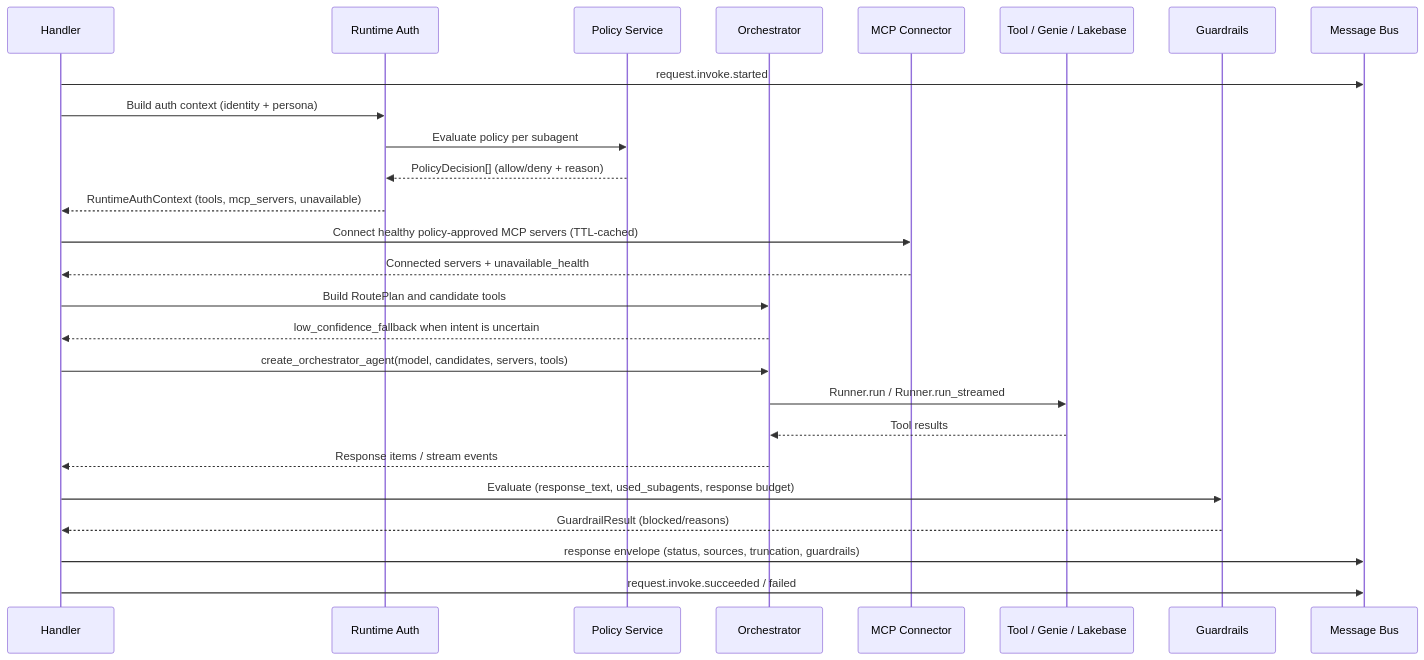
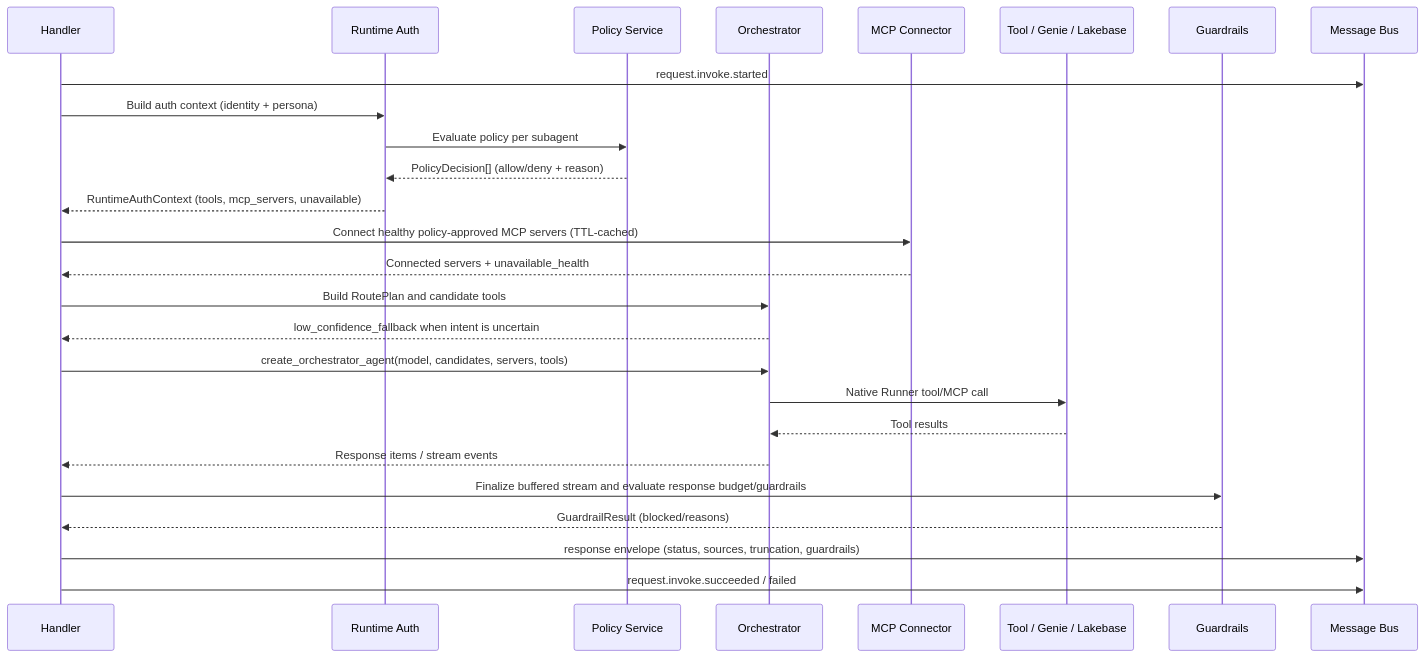
One commit to wchen-dea/Governed-Multi-Agent-Intelligence-on-Databricks changed the second of 7 diagrams in docs/architecture/design-artifacts/04-logical-detailed.md. Above: the diagram before and after it, drawn with Mermaid. The commit also changed other lines of this file and 14 other files, not shown here.

````diff
--- a/docs/architecture/design-artifacts/04-logical-detailed.md
+++ b/docs/architecture/design-artifacts/04-logical-detailed.md
@@ -31,29 +31,29 @@
 ```mermaid
 sequenceDiagram
     participant H as Handler
     participant RA as Runtime Auth
     participant POL as Policy Service
     participant OR as Orchestrator
     participant MCP as MCP Connector
     participant TS as Tool / Genie / Lakebase
     participant GR as Guardrails
     participant MB as Message Bus
 
     H->>MB: request.invoke.started
     H->>RA: Build auth context (identity + persona)
     RA->>POL: Evaluate policy per subagent
     POL-->>RA: PolicyDecision[] (allow/deny + reason)
     RA-->>H: RuntimeAuthContext (tools, mcp_servers, unavailable)
     H->>MCP: Connect healthy policy-approved MCP servers (TTL-cached)
     MCP-->>H: Connected servers + unavailable_health
     H->>OR: Build RoutePlan and candidate tools
     OR-->>H: low_confidence_fallback when intent is uncertain
     H->>OR: create_orchestrator_agent(model, candidates, servers, tools)
-    OR->>TS: Runner.run / Runner.run_streamed
+    OR->>TS: Native Runner tool/MCP call
     TS-->>OR: Tool results
     OR-->>H: Response items / stream events
-    H->>GR: Evaluate (response_text, used_subagents, response budget)
+    H->>GR: Finalize buffered stream and evaluate response budget/guardrails
     GR-->>H: GuardrailResult (blocked/reasons)
     H->>MB: response envelope (status, sources, truncation, guardrails)
     H->>MB: request.invoke.succeeded / failed
 ```
````
